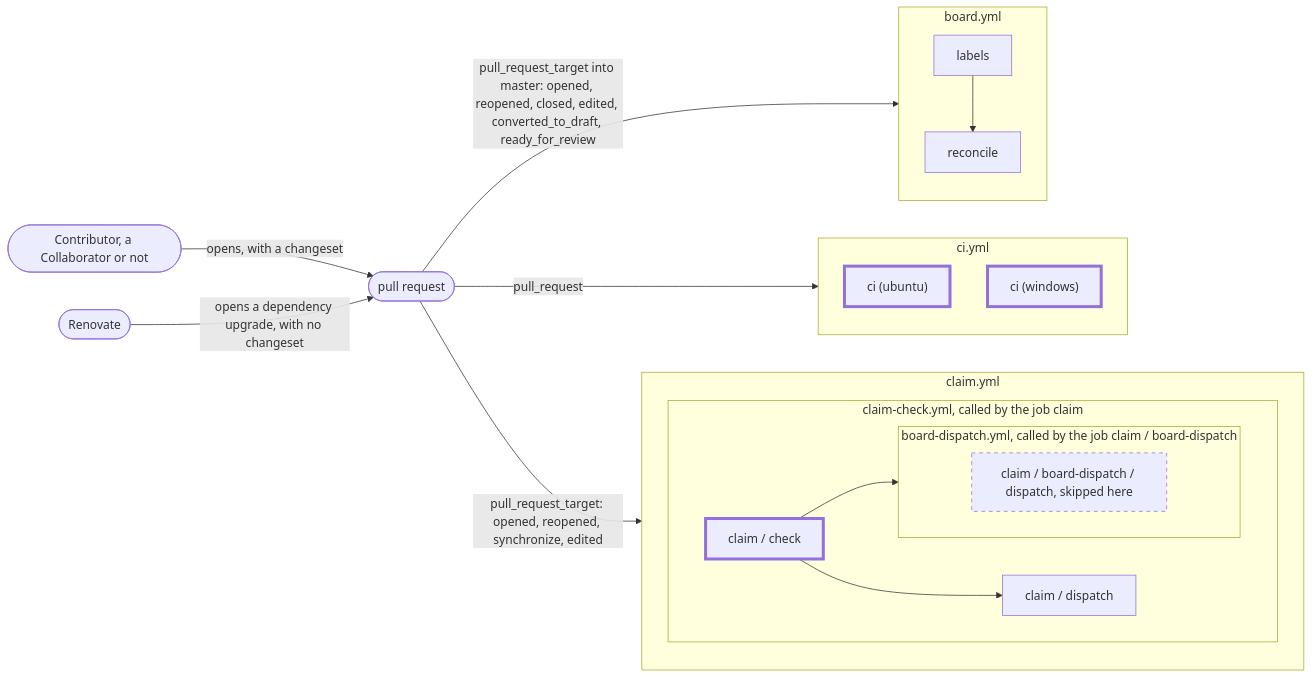
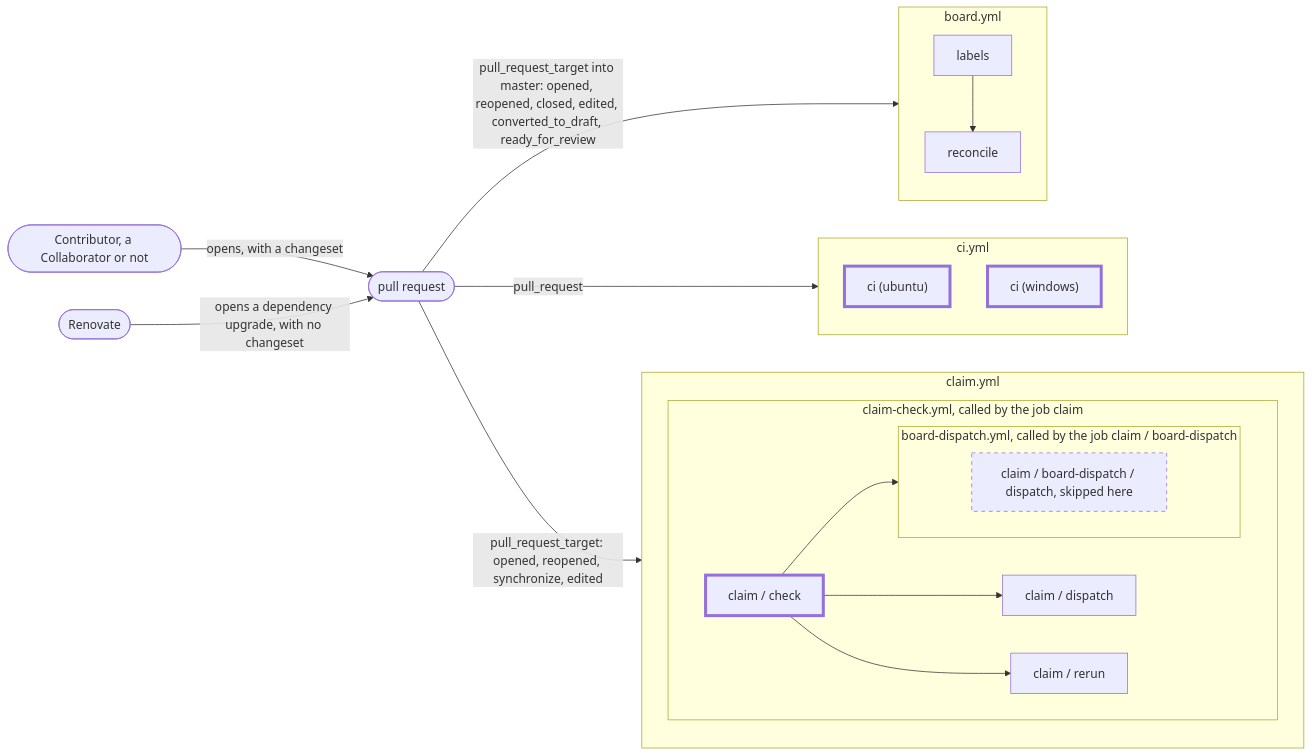
Before and after one commit to phmilk/reforged-ts: the first of 2 diagrams in CONTRIBUTING.md, drawn with Mermaid. The commit also changed 9 other files, not shown here.

First line of the commit message:
ci(claim): the claim check fails a pull request that closes a Ticket with criteria left (#1084) (#1102)

````diff
--- a/CONTRIBUTING.md
+++ b/CONTRIBUTING.md
@@ -36,37 +36,39 @@
 ```mermaid
 flowchart LR
   %% diagram: pull-request-ci
   %% Generated from the workflows a pull_request or pull_request_target event triggers, and the required checks of the committed ruleset.
   contributor(["Contributor, a Collaborator or not"])
   renovate(["Renovate"])
   pull_request(["pull request"])
   contributor -->|"opens, with a changeset"| pull_request
   renovate -->|"opens a dependency upgrade, with no changeset"| pull_request
   subgraph board_yml["board.yml"]
     board_yml_labels["labels"]
     board_yml_reconcile["reconcile"]
   end
   subgraph ci_yml["ci.yml"]
     ci_yml_ci_ubuntu["ci (ubuntu)"]
     ci_yml_ci_windows["ci (windows)"]
   end
   subgraph claim_yml["claim.yml"]
     subgraph claim_yml_claim["claim-check.yml, called by the job claim"]
       claim_yml_claim_check["claim / check"]
       claim_yml_claim_dispatch["claim / dispatch"]
       subgraph claim_yml_claim_board_dispatch["board-dispatch.yml, called by the job claim / board-dispatch"]
         claim_yml_claim_board_dispatch_dispatch["claim / board-dispatch / dispatch, skipped here"]
       end
+      claim_yml_claim_rerun["claim / rerun"]
     end
   end
   pull_request -->|"pull_request_target into master: opened, reopened, closed, edited, converted_to_draft, ready_for_review"| board_yml
   pull_request -->|"pull_request"| ci_yml
   pull_request -->|"pull_request_target: opened, reopened, synchronize, edited"| claim_yml
   board_yml_labels --> board_yml_reconcile
   claim_yml_claim_check --> claim_yml_claim_dispatch
   claim_yml_claim_check --> claim_yml_claim_board_dispatch
+  claim_yml_claim_check --> claim_yml_claim_rerun
   classDef required stroke-width:4px
   class ci_yml_ci_ubuntu,ci_yml_ci_windows,claim_yml_claim_check required
   classDef skipped stroke-dasharray:5 5
   class claim_yml_claim_board_dispatch_dispatch skipped
 ```
````
